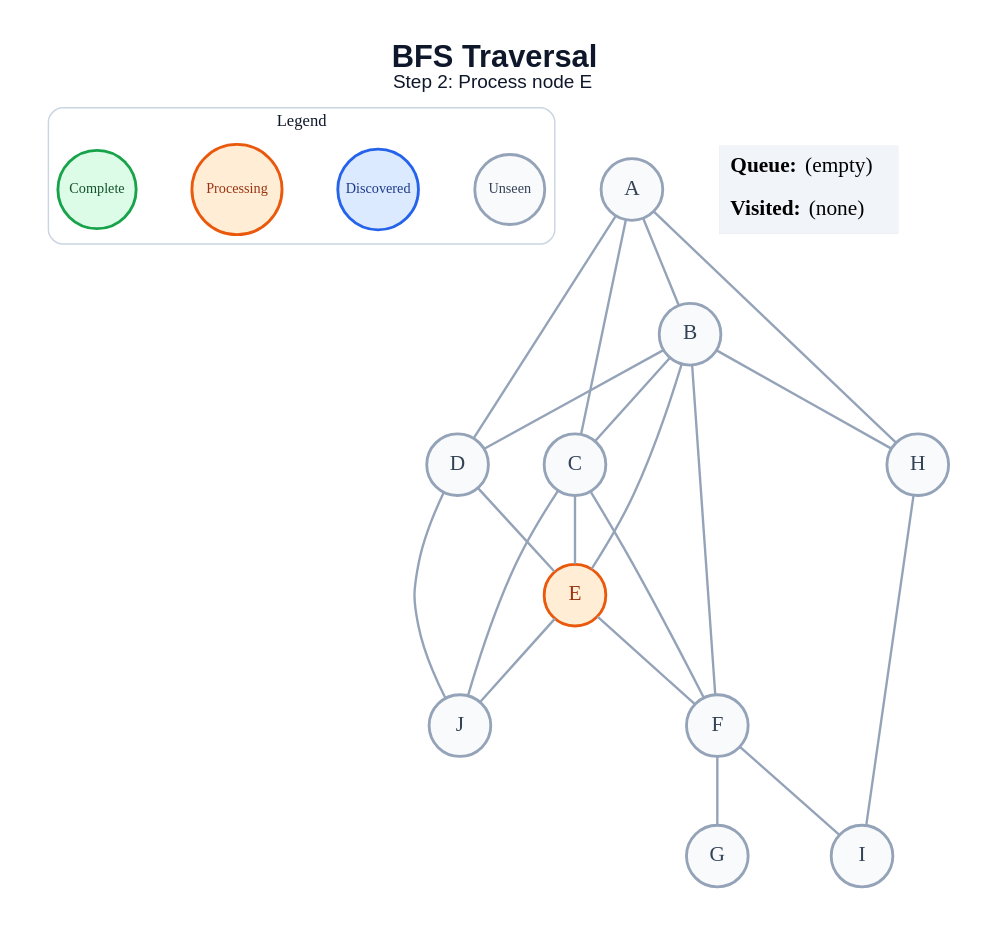
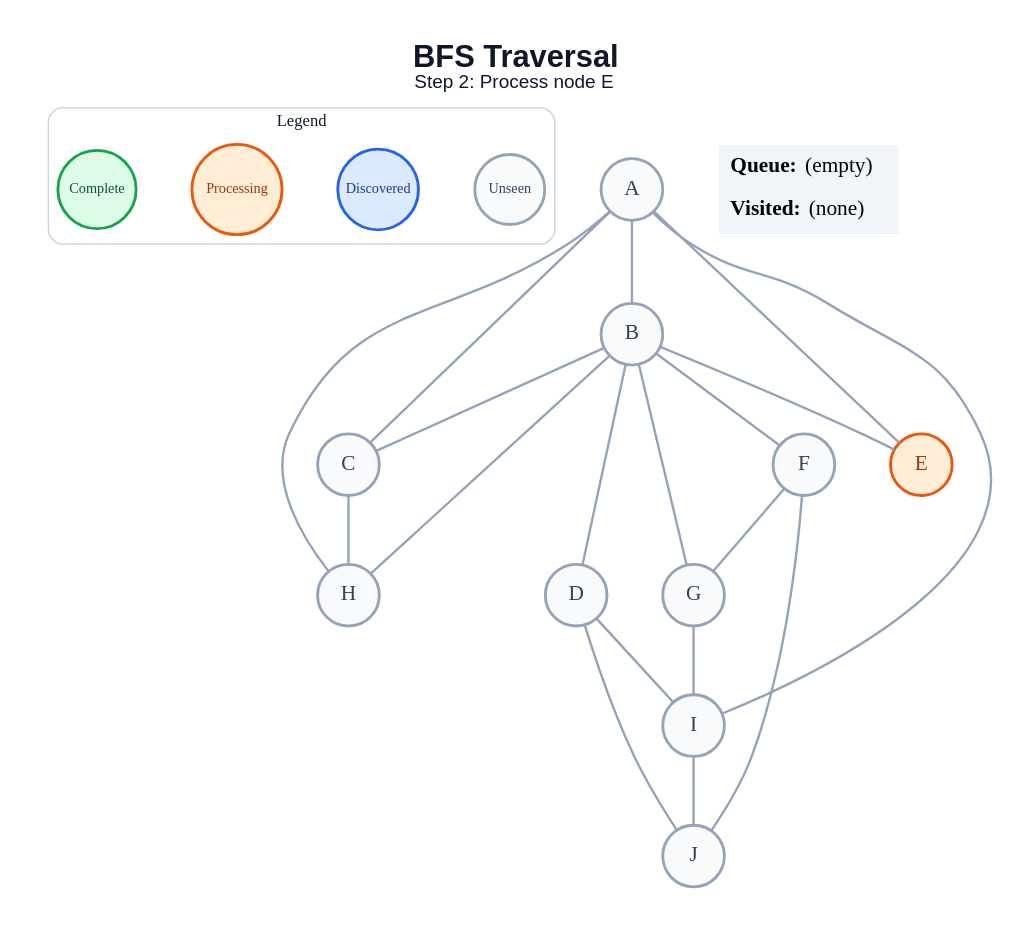
Before and after one commit to amanghodawala9/ai-slop: the diagram in generated/specific-node/bfs/step_02.dot, drawn with Graphviz. The commit also changed 178 other files, not shown here.

```diff
--- a/generated/specific-node/bfs/step_02.dot
+++ b/generated/specific-node/bfs/step_02.dot
@@ -1,48 +1,47 @@
 graph traversal {
   graph [layout=dot, rankdir=TB, bgcolor="#FFFFFF", pad="0.35", nodesep="0.65", ranksep="0.8", fontname="Arial"];
   node [shape=circle, style="filled", fontname="Arial Bold", fontsize=18, width=0.72, fixedsize=true, penwidth=2.4];
   edge [color="#94A3B8", penwidth=2.0];
   label=<<B>BFS Traversal</B><BR/><FONT POINT-SIZE="16">Step 2: Process node E</FONT>>; labelloc="t"; fontsize=26; fontname="Arial"; fontcolor="#0F172A";
   subgraph cluster_legend { label="Legend"; color="#CBD5E1"; penwidth=1.2; style="rounded"; fontsize=14; fontname="Arial Bold";
     key_unseen [label="Unseen", fillcolor="#F8FAFC", color="#94A3B8", fontcolor="#334155", fontsize=12, width=0.82];
     key_frontier [label="Discovered", fillcolor="#DBEAFE", color="#2563EB", fontcolor="#1E3A8A", fontsize=12, width=0.95];
     key_current [label="Processing", fillcolor="#FFEDD5", color="#EA580C", fontcolor="#9A3412", fontsize=12, width=1.05];
     key_done [label="Complete", fillcolor="#DCFCE7", color="#16A34A", fontcolor="#14532D", fontsize=12, width=0.92];
     { rank=same; key_unseen; key_frontier; key_current; key_done; }
   }
   A [fillcolor="#F8FAFC", color="#94A3B8", fontcolor="#334155"];
   B [fillcolor="#F8FAFC", color="#94A3B8", fontcolor="#334155"];
   C [fillcolor="#F8FAFC", color="#94A3B8", fontcolor="#334155"];
   D [fillcolor="#F8FAFC", color="#94A3B8", fontcolor="#334155"];
   E [fillcolor="#FFEDD5", color="#EA580C", fontcolor="#9A3412"];
   F [fillcolor="#F8FAFC", color="#94A3B8", fontcolor="#334155"];
   G [fillcolor="#F8FAFC", color="#94A3B8", fontcolor="#334155"];
   H [fillcolor="#F8FAFC", color="#94A3B8", fontcolor="#334155"];
   I [fillcolor="#F8FAFC", color="#94A3B8", fontcolor="#334155"];
   J [fillcolor="#F8FAFC", color="#94A3B8", fontcolor="#334155"];
   A -- B;
   A -- C;
-  A -- D;
+  A -- E;
   A -- H;
+  A -- I;
   B -- C;
   B -- D;
   B -- E;
   B -- F;
+  B -- G;
   B -- H;
-  C -- E;
-  C -- F;
-  C -- J;
-  D -- E;
+  C -- H;
+  D -- I;
   D -- J;
-  E -- F;
-  E -- J;
   F -- G;
-  F -- I;
-  H -- I;
+  F -- J;
+  G -- I;
+  I -- J;
   status [shape=plain, fixedsize=false, width=0, height=0, margin=0, label=<
     <TABLE BORDER="0" CELLBORDER="0" CELLPADDING="7" BGCOLOR="#F1F5F9">
       <TR><TD ALIGN="LEFT"><B>Queue:</B> (empty)</TD></TR>
       <TR><TD ALIGN="LEFT"><B>Visited:</B> (none)</TD></TR>
     </TABLE>
   >];
 }
```
